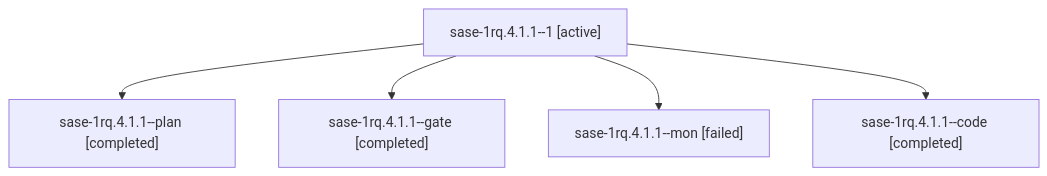
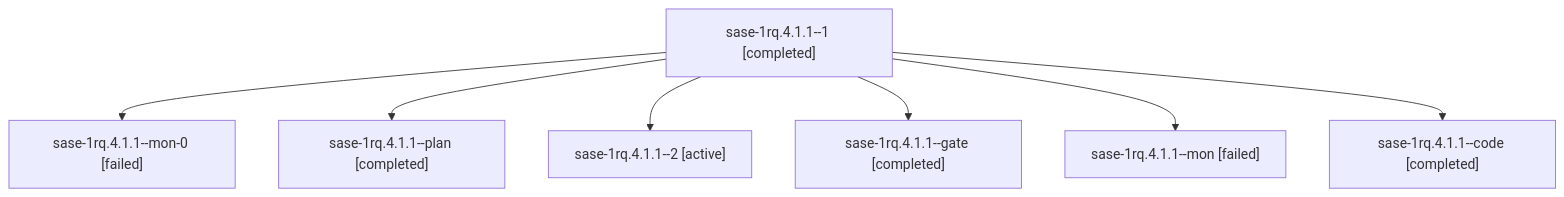
The diagram in sessions/bbugyi200.athena.sase-1rq.4.1.1.md (sase-org/sase--agents), drawn with Mermaid before and after one commit. The commit also changed other lines of this file and 91 other files, not shown here.

````diff
--- a/sessions/bbugyi200.athena.sase-1rq.4.1.1.md
+++ b/sessions/bbugyi200.athena.sase-1rq.4.1.1.md
@@ -9,12 +9,16 @@
 ```mermaid
 flowchart TD
-  n0["sase-1rq.4.1.1--1 [active]"]
-  n1["sase-1rq.4.1.1--plan [completed]"]
+  n0["sase-1rq.4.1.1--1 [completed]"]
+  n1["sase-1rq.4.1.1--mon-0 [failed]"]
   n0 --> n1
-  n2["sase-1rq.4.1.1--gate [completed]"]
+  n2["sase-1rq.4.1.1--plan [completed]"]
   n0 --> n2
-  n3["sase-1rq.4.1.1--mon [failed]"]
+  n3["sase-1rq.4.1.1--2 [active]"]
   n0 --> n3
-  n4["sase-1rq.4.1.1--code [completed]"]
+  n4["sase-1rq.4.1.1--gate [completed]"]
   n0 --> n4
+  n5["sase-1rq.4.1.1--mon [failed]"]
+  n0 --> n5
+  n6["sase-1rq.4.1.1--code [completed]"]
+  n0 --> n6
 ```
````
